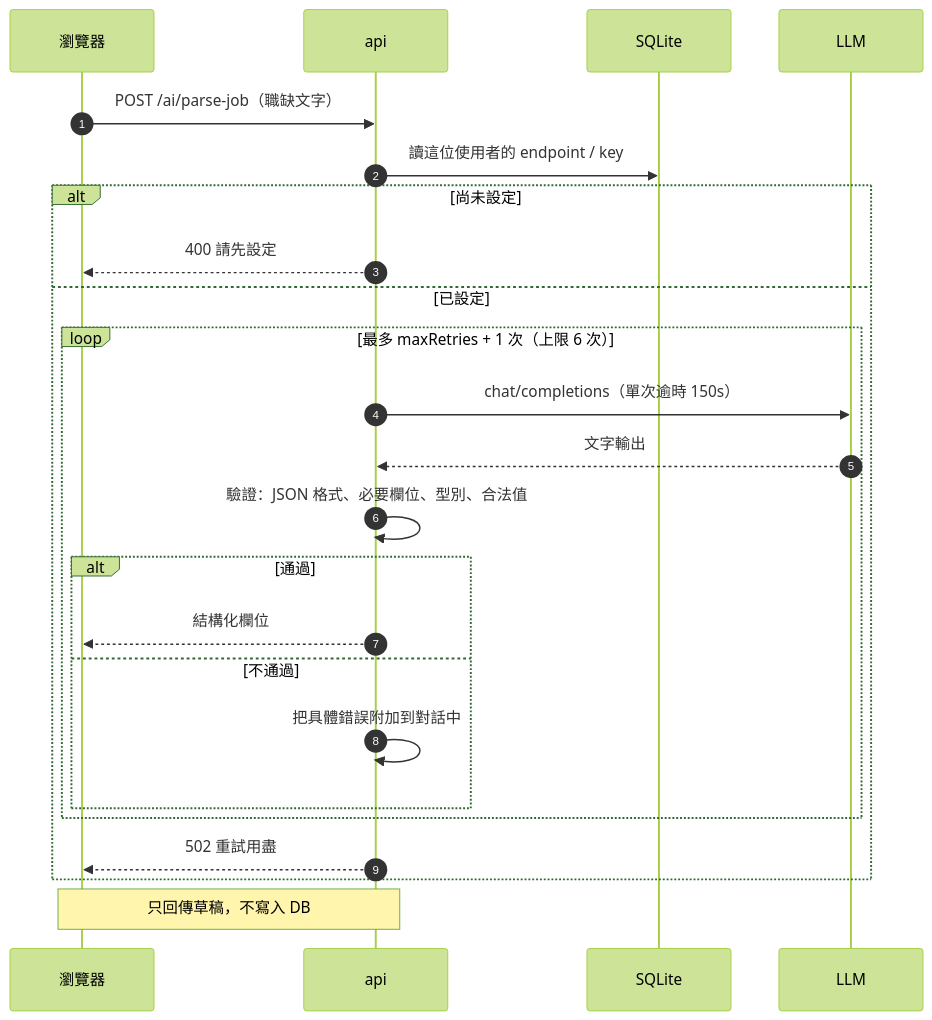
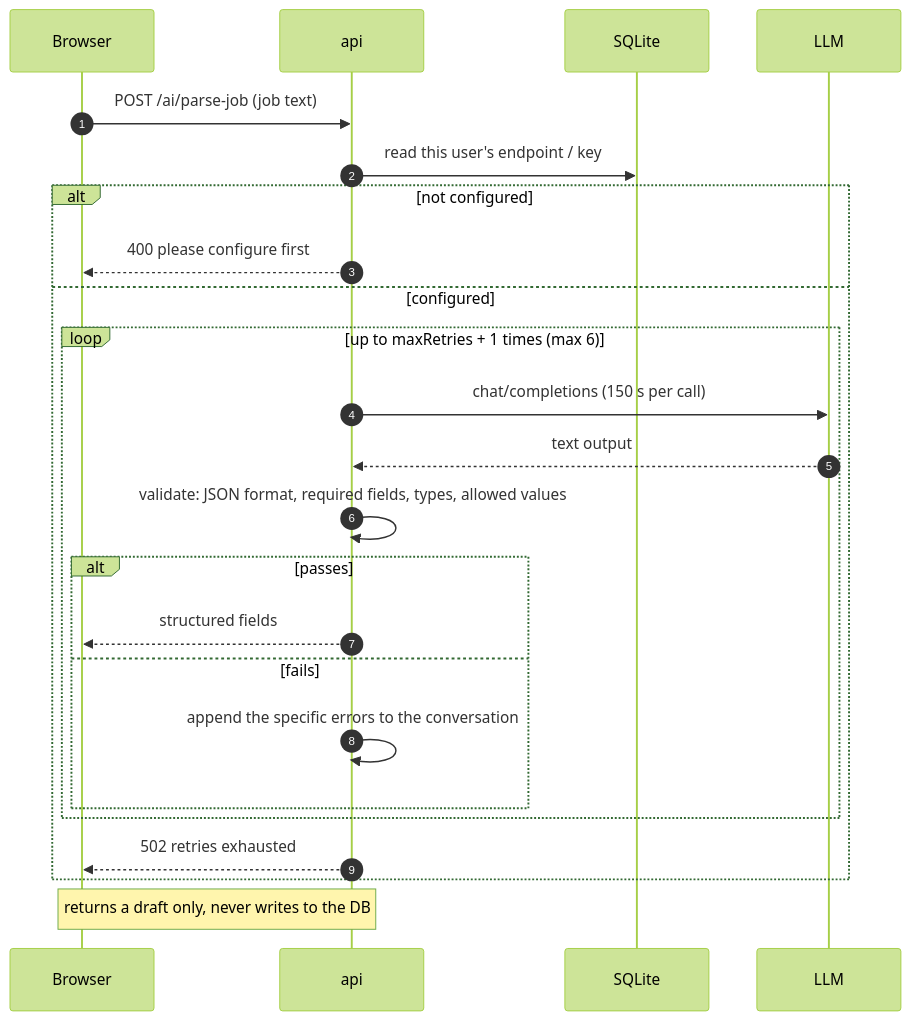
The fifth of 6 diagrams in NOTE.md (ychun816/scandiva), drawn with Mermaid (forest theme) before and after one commit. The commit also changed other lines of this file and 27 other files, not shown here.

````diff
--- a/NOTE.md
+++ b/NOTE.md
@@ -203,26 +203,26 @@
 ```mermaid
 sequenceDiagram
     autonumber
-    participant B as 瀏覽器
+    participant B as Browser
     participant A as api
     participant D as SQLite
     participant L as LLM
-    B->>A: POST /ai/parse-job（職缺文字）
-    A->>D: 讀這位使用者的 endpoint / key
-    alt 尚未設定
-        A-->>B: 400 請先設定
-    else 已設定
-        loop 最多 maxRetries + 1 次（上限 6 次）
-            A->>L: chat/completions（單次逾時 150s）
-            L-->>A: 文字輸出
-            A->>A: 驗證：JSON 格式、必要欄位、型別、合法值
-            alt 通過
-                A-->>B: 結構化欄位
-            else 不通過
-                A->>A: 把具體錯誤附加到對話中
+    B->>A: POST /ai/parse-job (job text)
+    A->>D: read this user's endpoint / key
+    alt not configured
+        A-->>B: 400 please configure first
+    else configured
+        loop up to maxRetries + 1 times (max 6)
+            A->>L: chat/completions (150 s per call)
+            L-->>A: text output
+            A->>A: validate: JSON format, required fields, types, allowed values
+            alt passes
+                A-->>B: structured fields
+            else fails
+                A->>A: append the specific errors to the conversation
             end
         end
-        A-->>B: 502 重試用盡
+        A-->>B: 502 retries exhausted
     end
-    Note over B,A: 只回傳草稿，不寫入 DB
+    Note over B,A: returns a draft only, never writes to the DB
 ```
````
